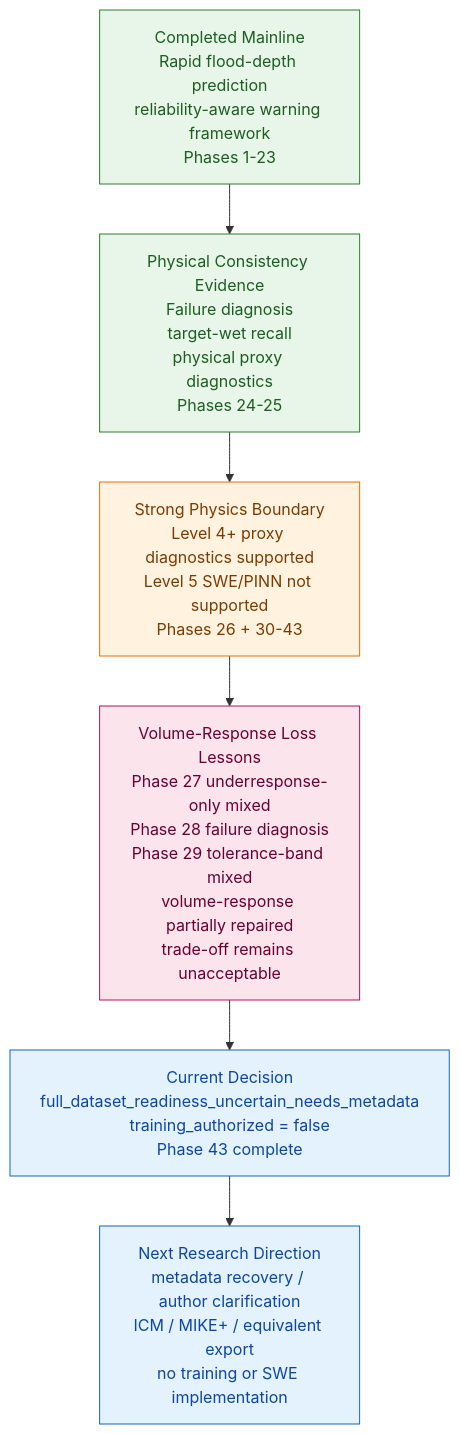
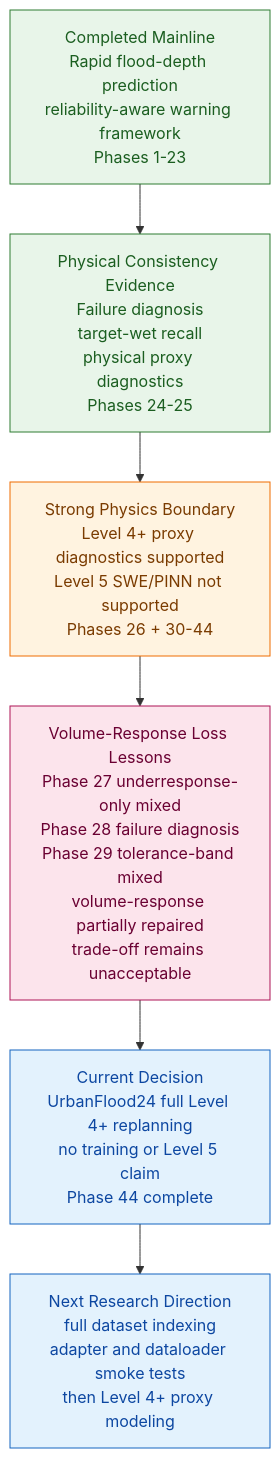
One commit to HolyLin990604/physics-guided-urban-flood-prediction changed the third of 3 diagrams in README.md. Above: the diagram before and after it, drawn with Mermaid. The commit also changed other lines of this file and 2 other files, not shown here.

Commit message:
docs: sync phase44 urbanflood24 full level4plus replanning status

````diff
--- a/README.md
+++ b/README.md
@@ -484,16 +486,16 @@
 ```mermaid
 flowchart TD
     A["Completed Mainline<br/>Rapid flood-depth prediction<br/>reliability-aware warning framework<br/>Phases 1-23"]:::completed
     B["Physical Consistency Evidence<br/>Failure diagnosis<br/>target-wet recall<br/>physical proxy diagnostics<br/>Phases 24-25"]:::completed
-    C["Strong Physics Boundary<br/>Level 4+ proxy diagnostics supported<br/>Level 5 SWE/PINN not supported<br/>Phases 26 + 30-43"]:::boundary
+    C["Strong Physics Boundary<br/>Level 4+ proxy diagnostics supported<br/>Level 5 SWE/PINN not supported<br/>Phases 26 + 30-44"]:::boundary
     D["Volume-Response Loss Lessons<br/>Phase 27 underresponse-only mixed<br/>Phase 28 failure diagnosis<br/>Phase 29 tolerance-band mixed<br/>volume-response partially repaired<br/>trade-off remains unacceptable"]:::diagnosis
-    E["Current Decision<br/>full_dataset_readiness_uncertain_needs_metadata<br/>training_authorized = false<br/>Phase 43 complete"]:::current
-    F["Next Research Direction<br/>metadata recovery / author clarification<br/>ICM / MIKE+ / equivalent export<br/>no training or SWE implementation"]:::current
+    E["Current Decision<br/>UrbanFlood24 full Level 4+ replanning<br/>no training or Level 5 claim<br/>Phase 44 complete"]:::current
+    F["Next Research Direction<br/>full dataset indexing<br/>adapter and dataloader smoke tests<br/>then Level 4+ proxy modeling"]:::current
 
     A --> B --> C --> D --> E --> F
 
     classDef completed fill:#e8f5e9,stroke:#2e7d32,color:#1b5e20
     classDef boundary fill:#fff3e0,stroke:#ef6c00,color:#7a3b00
     classDef diagnosis fill:#fce4ec,stroke:#ad1457,color:#6a0032
     classDef current fill:#e3f2fd,stroke:#1565c0,color:#0d47a1
 ```
````
